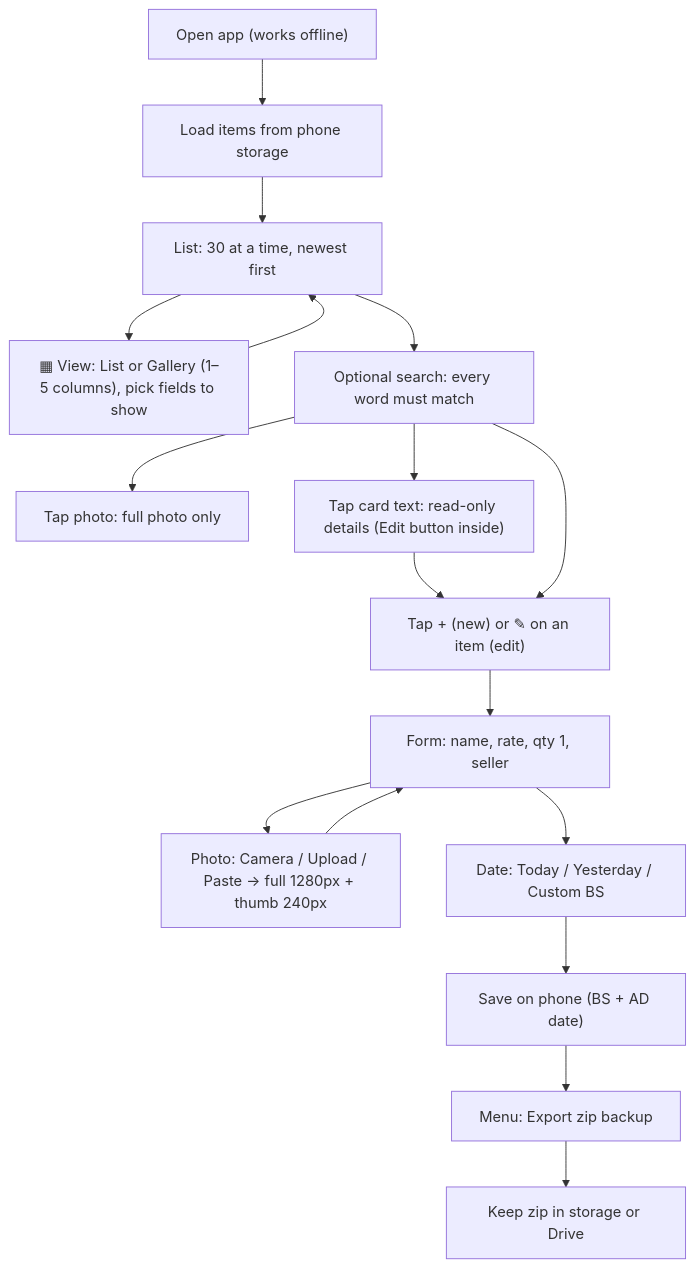
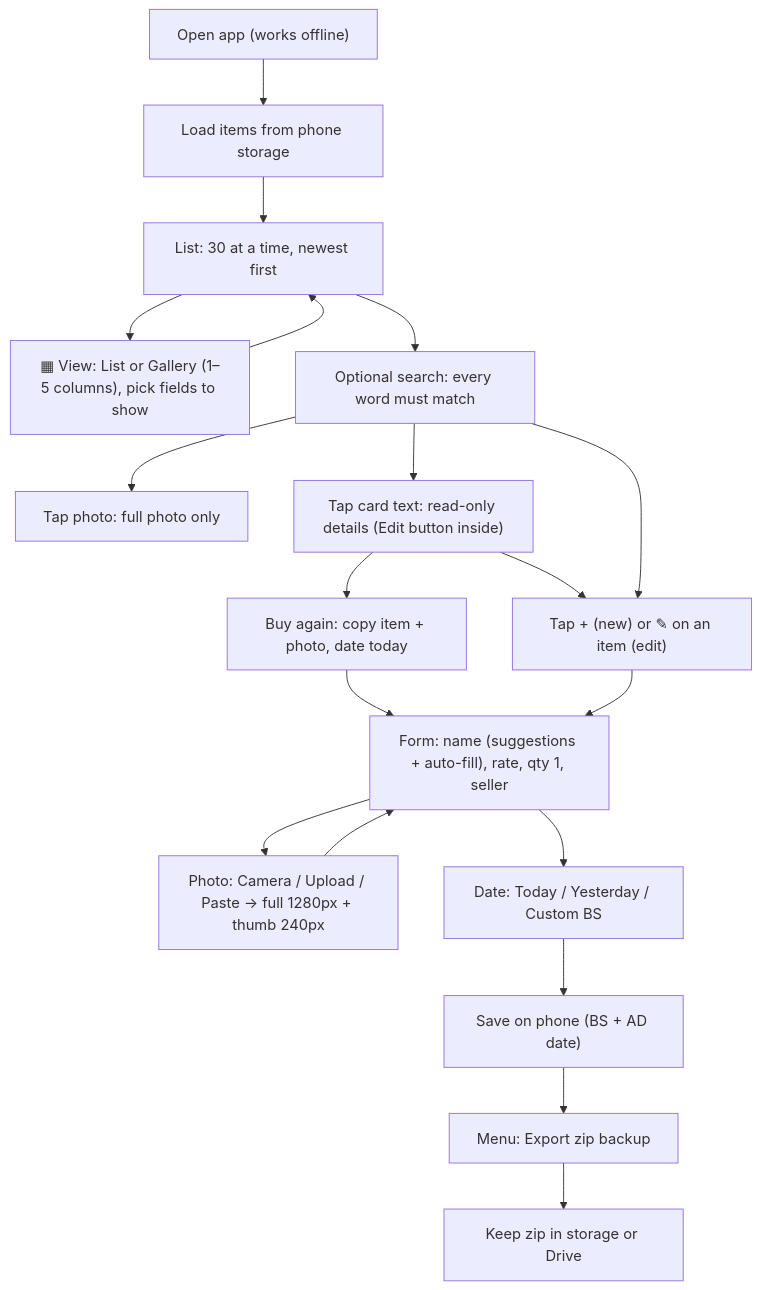
Before and after one commit to bibek-maharjan/purchases-app: the diagram in purchases-flow.mmd, drawn with Mermaid. The commit also changed 5 other files, not shown here.

Commit message:
Name suggestions, auto-fill, Buy again, AD calendar picker; push-only-when-asked rule

```diff
--- a/purchases-flow.mmd
+++ b/purchases-flow.mmd
@@ -1,17 +1,19 @@
 flowchart TD
     A["Open app (works offline)"] --> B["Load items from phone storage"]
     B --> C["List: 30 at a time, newest first"]
     C --> V["▦ View: List or Gallery (1–5 columns), pick fields to show"]
     V --> C
     C --> D["Optional search: every word must match"]
     D --> P["Tap photo: full photo only"]
     D --> R["Tap card text: read-only details (Edit button inside)"]
     R --> E
+    R --> BA["Buy again: copy item + photo, date today"]
+    BA --> G
     D --> E["Tap + (new) or ✎ on an item (edit)"]
-    E --> G["Form: name, rate, qty 1, seller"]
+    E --> G["Form: name (suggestions + auto-fill), rate, qty 1, seller"]
     G --> F["Photo: Camera / Upload / Paste → full 1280px + thumb 240px"]
     F --> G
     G --> H["Date: Today / Yesterday / Custom BS"]
     H --> I["Save on phone (BS + AD date)"]
     I --> J["Menu: Export zip backup"]
     J --> K["Keep zip in storage or Drive"]
```
